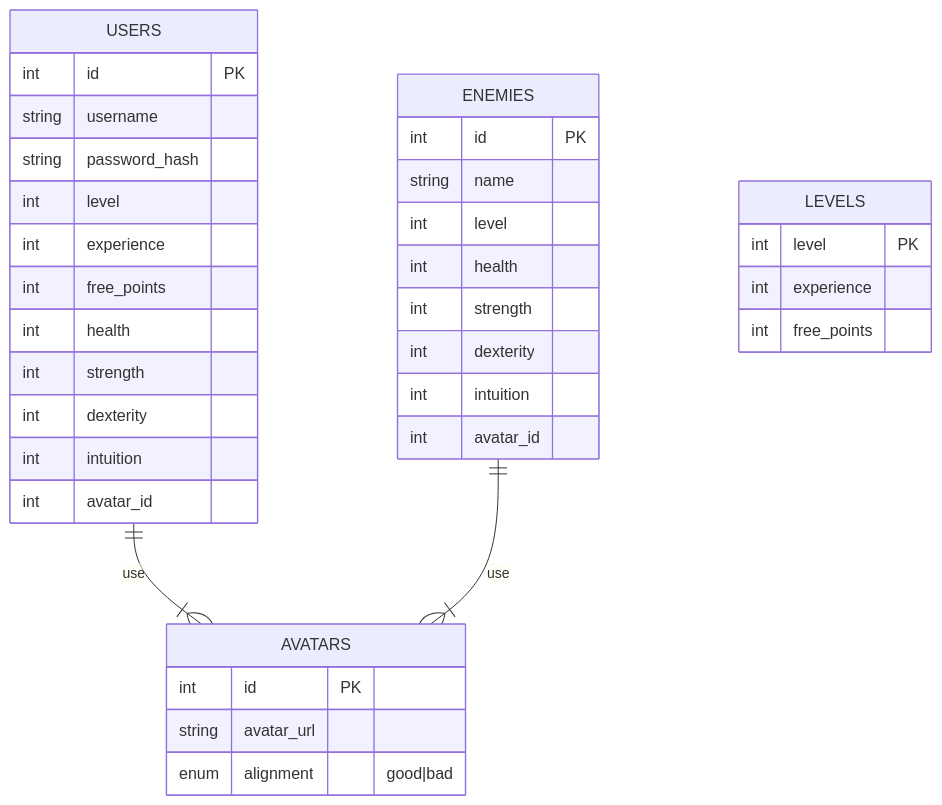
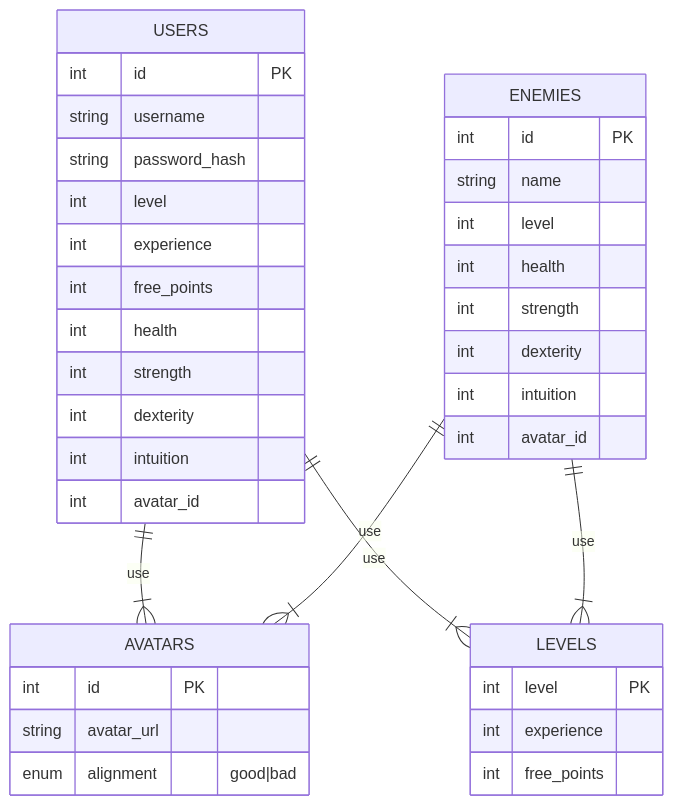
Before and after one commit to arkadiyshin/fighter: the diagram in README.md, drawn with Mermaid.

Commit message:
Added relations in ER Diagramm

````diff
--- a/README.md
+++ b/README.md
@@ -113,44 +113,47 @@
 ```mermaid
 erDiagram
 
 USERS ||--|{ AVATARS : "use"
 ENEMIES ||--|{ AVATARS : "use"
+USERS ||--|{ LEVELS : "use"
+ENEMIES ||--|{ LEVELS : "use"
+
 
 USERS{
   int id PK
   string username
   string password_hash
   int level
   int experience
   int free_points
   int health
   int strength
   int dexterity
   int intuition
   int avatar_id
 }
 
 ENEMIES{
   int id PK
   string name
   int level
   int health
   int strength
   int dexterity
   int intuition
   int avatar_id
 }
 
 AVATARS{
   int id PK
   string avatar_url
   enum alignment "good|bad"
 }
 
 LEVELS{
   int level PK
   int experience
   int free_points
 }
 
 ```
````
